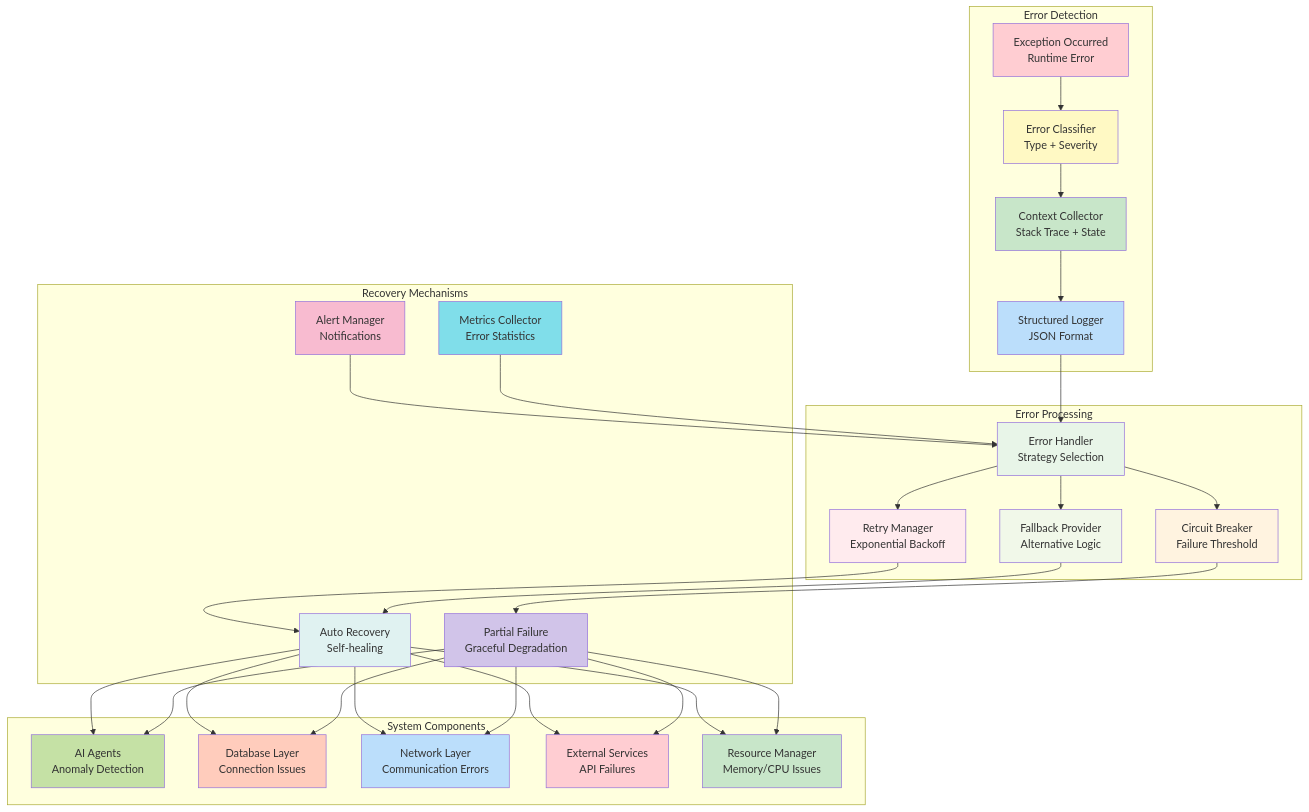
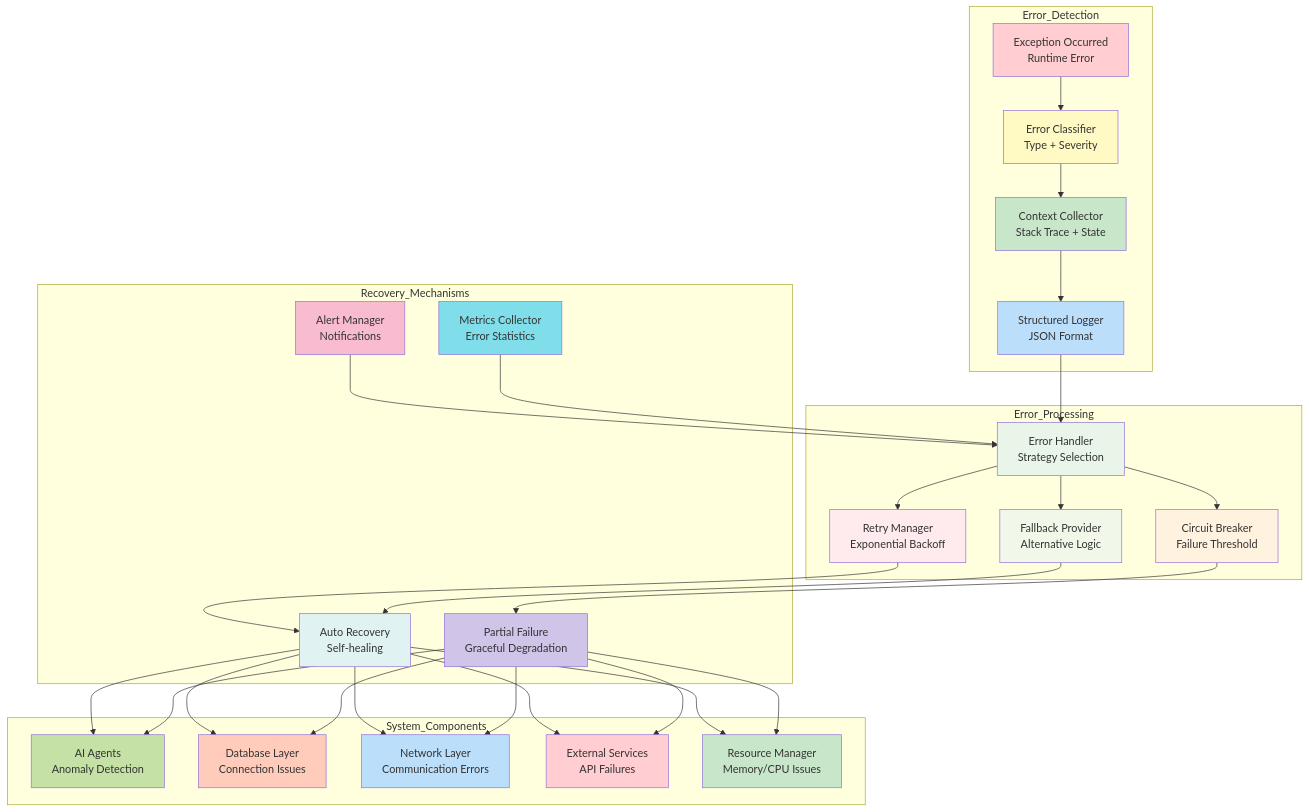
One commit to tanm-sys/build changed the seventh of 11 diagrams in decentralized-ai-simulation/docs/PROJECT_OVERVIEW.md. Above: the diagram before and after it, drawn with Mermaid. The commit also changed other lines of this file and 5 other files, not shown here.

Commit message:
Fix Mermaid diagram parse errors in Markdown files (resolve LINK token issues on line 29 and others)

````diff
--- a/decentralized-ai-simulation/docs/PROJECT_OVERVIEW.md
+++ b/decentralized-ai-simulation/docs/PROJECT_OVERVIEW.md
@@ -713,77 +713,77 @@
 ```mermaid
 flowchart TD
-    subgraph "Error Detection"
+    subgraph "Error_Detection"
         EXCEPTION[Exception Occurred<br/>Runtime Error]
         CLASSIFY[Error Classifier<br/>Type + Severity]
         CONTEXT[Context Collector<br/>Stack Trace + State]
         LOG[Structured Logger<br/>JSON Format]
     end
 
-    subgraph "Error Processing"
+    subgraph "Error_Processing"
         HANDLER[Error Handler<br/>Strategy Selection]
         RETRY[Retry Manager<br/>Exponential Backoff]
         CIRCUIT[Circuit Breaker<br/>Failure Threshold]
         FALLBACK[Fallback Provider<br/>Alternative Logic]
     end
 
-    subgraph "Recovery Mechanisms"
+    subgraph "Recovery_Mechanisms"
         AUTO_RECOVER[Auto Recovery<br/>Self-healing]
         PARTIAL_FAIL[Partial Failure<br/>Graceful Degradation]
         NOTIFICATION[Alert Manager<br/>Notifications]
         METRICS[Metrics Collector<br/>Error Statistics]
     end
 
-    subgraph "System Components"
+    subgraph "System_Components"
         AGENT[AI Agents<br/>Anomaly Detection]
         DATABASE[Database Layer<br/>Connection Issues]
         NETWORK[Network Layer<br/>Communication Errors]
         EXTERNAL[External Services<br/>API Failures]
         RESOURCES[Resource Manager<br/>Memory/CPU Issues]
     end
 
     EXCEPTION --> CLASSIFY
     CLASSIFY --> CONTEXT
     CONTEXT --> LOG
 
     LOG --> HANDLER
     HANDLER --> RETRY
     HANDLER --> CIRCUIT
     HANDLER --> FALLBACK
 
     RETRY --> AUTO_RECOVER
     CIRCUIT --> PARTIAL_FAIL
     FALLBACK --> AUTO_RECOVER
 
     AUTO_RECOVER --> AGENT
     AUTO_RECOVER --> DATABASE
     AUTO_RECOVER --> NETWORK
     AUTO_RECOVER --> EXTERNAL
     AUTO_RECOVER --> RESOURCES
 
     PARTIAL_FAIL --> AGENT
     PARTIAL_FAIL --> DATABASE
     PARTIAL_FAIL --> NETWORK
     PARTIAL_FAIL --> EXTERNAL
     PARTIAL_FAIL --> RESOURCES
 
     NOTIFICATION --> HANDLER
     METRICS --> HANDLER
 
     style EXCEPTION fill:#ffcdd2
     style CLASSIFY fill:#fff9c4
     style CONTEXT fill:#c8e6c9
     style LOG fill:#bbdefb
     style HANDLER fill:#e8f5e8
     style RETRY fill:#ffebee
     style CIRCUIT fill:#fff3e0
     style FALLBACK fill:#f1f8e9
     style AUTO_RECOVER fill:#e0f2f1
     style PARTIAL_FAIL fill:#d1c4e9
     style NOTIFICATION fill:#f8bbd0
     style METRICS fill:#80deea
     style AGENT fill:#c5e1a5
     style DATABASE fill:#ffccbc
     style NETWORK fill:#bbdefb
     style EXTERNAL fill:#ffcdd2
     style RESOURCES fill:#c8e6c9
 ```
````
